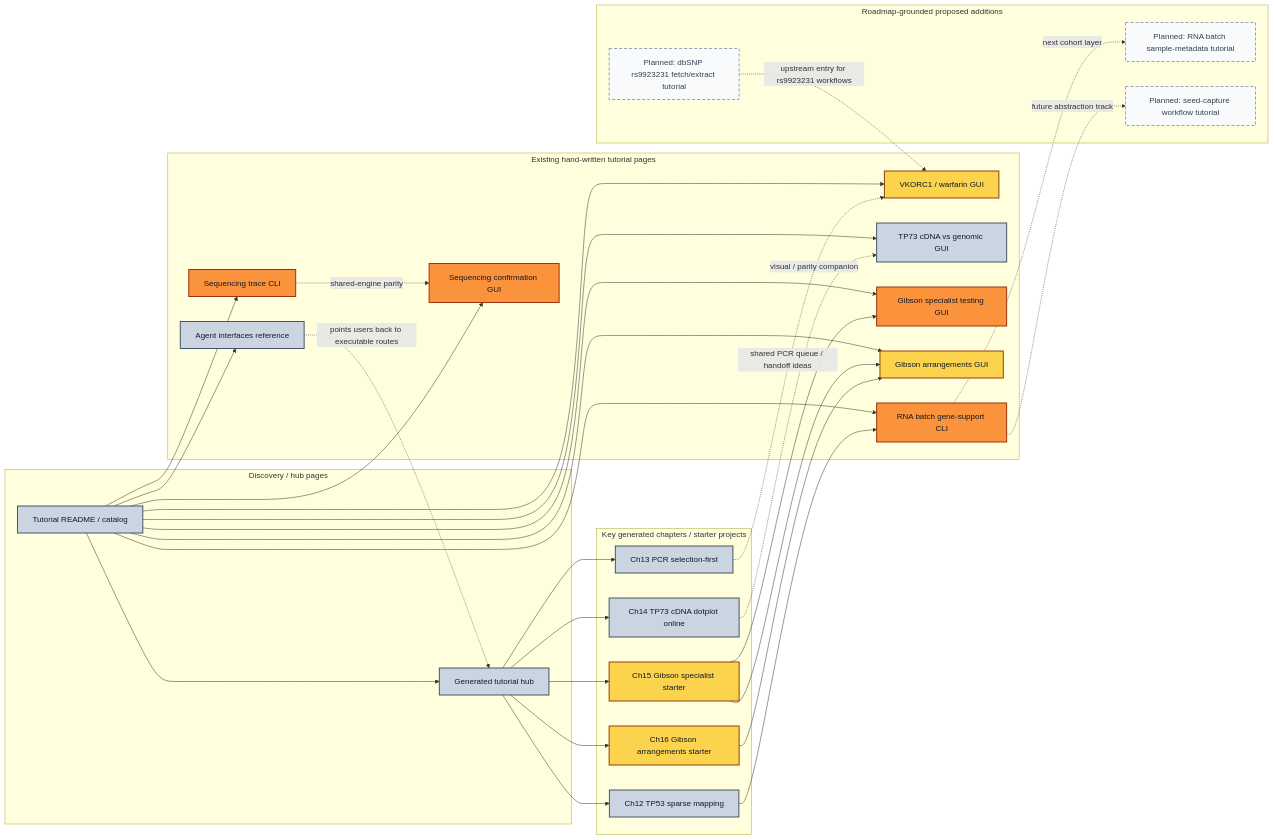
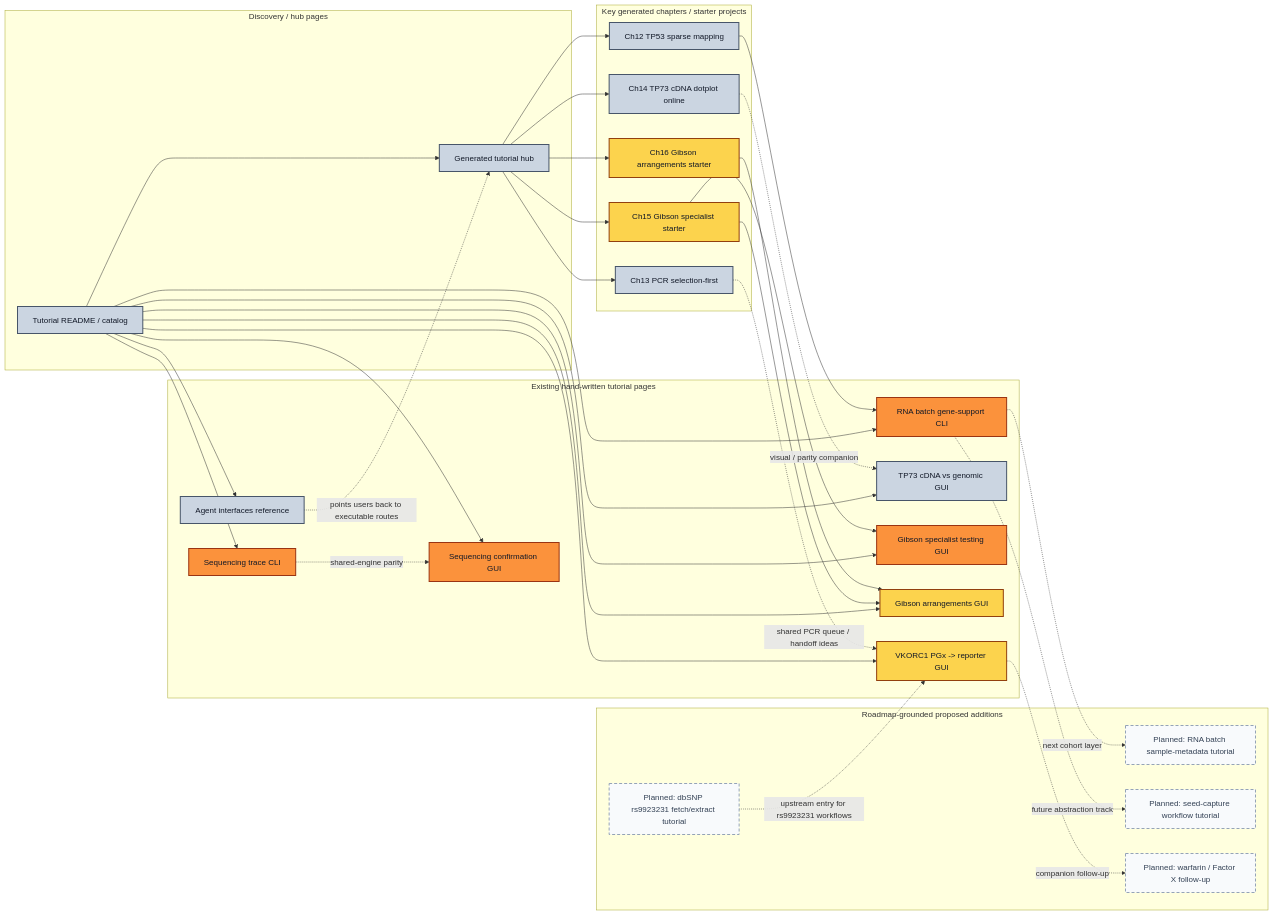
Before and after one commit to smoe/gentle_rs: the diagram in docs/tutorial/landscape_overview.md, drawn with Mermaid. The commit also changed 10 other files, not shown here.

````diff
--- a/docs/tutorial/landscape_overview.md
+++ b/docs/tutorial/landscape_overview.md
@@ -40,71 +40,73 @@
 ```mermaid
 flowchart LR
   classDef high fill:#fb923c,stroke:#9a3412,color:#111827,stroke-width:2px;
   classDef medium fill:#fcd34d,stroke:#92400e,color:#111827,stroke-width:2px;
   classDef low fill:#cbd5e1,stroke:#475569,color:#111827,stroke-width:2px;
   classDef planned fill:#f8fafc,stroke:#94a3b8,color:#334155,stroke-width:2px,stroke-dasharray: 6 4;
 
   subgraph Hubs["Discovery / hub pages"]
     TH["Tutorial README / catalog"]
     GH["Generated tutorial hub"]
   end
 
   subgraph Existing["Existing hand-written tutorial pages"]
-    VK["VKORC1 / warfarin GUI"]
+    VK["VKORC1 PGx -> reporter GUI"]
     TP73["TP73 cDNA vs genomic GUI"]
     GS["Gibson specialist testing GUI"]
     GA["Gibson arrangements GUI"]
     SQG["Sequencing confirmation GUI"]
     SQC["Sequencing trace CLI"]
     RNA["RNA batch gene-support CLI"]
     AI["Agent interfaces reference"]
   end
 
   subgraph Exec["Key generated chapters / starter projects"]
     C12["Ch12 TP53 sparse mapping"]
     C13["Ch13 PCR selection-first"]
     C14["Ch14 TP73 cDNA dotplot online"]
     C15["Ch15 Gibson specialist starter"]
     C16["Ch16 Gibson arrangements starter"]
   end
 
   subgraph Planned["Roadmap-grounded proposed additions"]
     P1["Planned: dbSNP rs9923231 fetch/extract tutorial"]
     P2["Planned: RNA batch sample-metadata tutorial"]
     P3["Planned: seed-capture workflow tutorial"]
+    P4["Planned: warfarin / Factor X follow-up"]
   end
 
   TH --> GH
   TH --> VK
   TH --> TP73
   TH --> GS
   TH --> GA
   TH --> SQG
   TH --> SQC
   TH --> RNA
   TH --> AI
 
   GH --> C12
   GH --> C13
   GH --> C14
   GH --> C15
   GH --> C16
 
   C15 --> GS
   C15 --> GA
   C16 --> GA
   C12 --> RNA
   C14 -. visual / parity companion .-> TP73
   C13 -. shared PCR queue / handoff ideas .-> VK
   SQC -. shared-engine parity .-> SQG
   AI -. points users back to executable routes .-> GH
 
   P1 -. upstream entry for rs9923231 workflows .-> VK
+  VK -. companion follow-up .-> P4
   RNA -. next cohort layer .-> P2
   RNA -. future abstraction track .-> P3
 
   class GS,SQG,SQC,RNA high;
   class VK,GA,C15,C16 medium;
   class TH,GH,TP73,AI,C12,C13,C14 low;
-  class P1,P2,P3 planned;
+  class P1,P2,P3,P4 planned;
 ```
````
